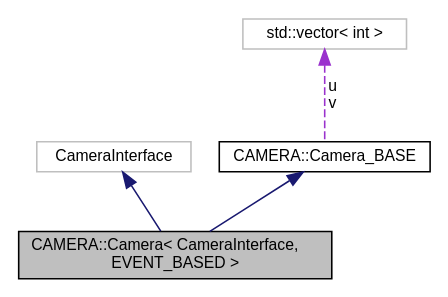
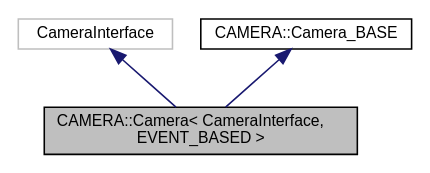
The diagram in de/d14/classCAMERA_1_1Camera_3_01CameraInterface_00_01EVENT__BASED_01_4__coll__graph.dot (ThFriedrich/riCOM_cpp), drawn with Graphviz before and after one commit. The commit also changed 40 other files, not shown here.

```diff
--- a/de/d14/classCAMERA_1_1Camera_3_01CameraInterface_00_01EVENT__BASED_01_4__coll__graph.dot
+++ b/de/d14/classCAMERA_1_1Camera_3_01CameraInterface_00_01EVENT__BASED_01_4__coll__graph.dot
@@ -1,13 +1,11 @@
 digraph "CAMERA::Camera&lt; CameraInterface, EVENT_BASED &gt;"
 {
  // LATEX_PDF_SIZE
   edge [fontname="Helvetica",fontsize="10",labelfontname="Helvetica",labelfontsize="10"];
   node [fontname="Helvetica",fontsize="10",shape=record];
   Node1 [label="CAMERA::Camera\< CameraInterface,\l EVENT_BASED \>",height=0.2,width=0.4,color="black", fillcolor="grey75", style="filled", fontcolor="black",tooltip=" "];
   Node2 -> Node1 [dir="back",color="midnightblue",fontsize="10",style="solid",fontname="Helvetica"];
   Node2 [label="CameraInterface",height=0.2,width=0.4,color="grey75", fillcolor="white", style="filled",tooltip=" "];
   Node3 -> Node1 [dir="back",color="midnightblue",fontsize="10",style="solid",fontname="Helvetica"];
   Node3 [label="CAMERA::Camera_BASE",height=0.2,width=0.4,color="black", fillcolor="white", style="filled",URL="$d3/d29/classCAMERA_1_1Camera__BASE.html",tooltip=" "];
-  Node4 -> Node3 [dir="back",color="darkorchid3",fontsize="10",style="dashed",label=" u\nv" ,fontname="Helvetica"];
-  Node4 [label="std::vector\< int \>",height=0.2,width=0.4,color="grey75", fillcolor="white", style="filled",tooltip=" "];
 }
```
